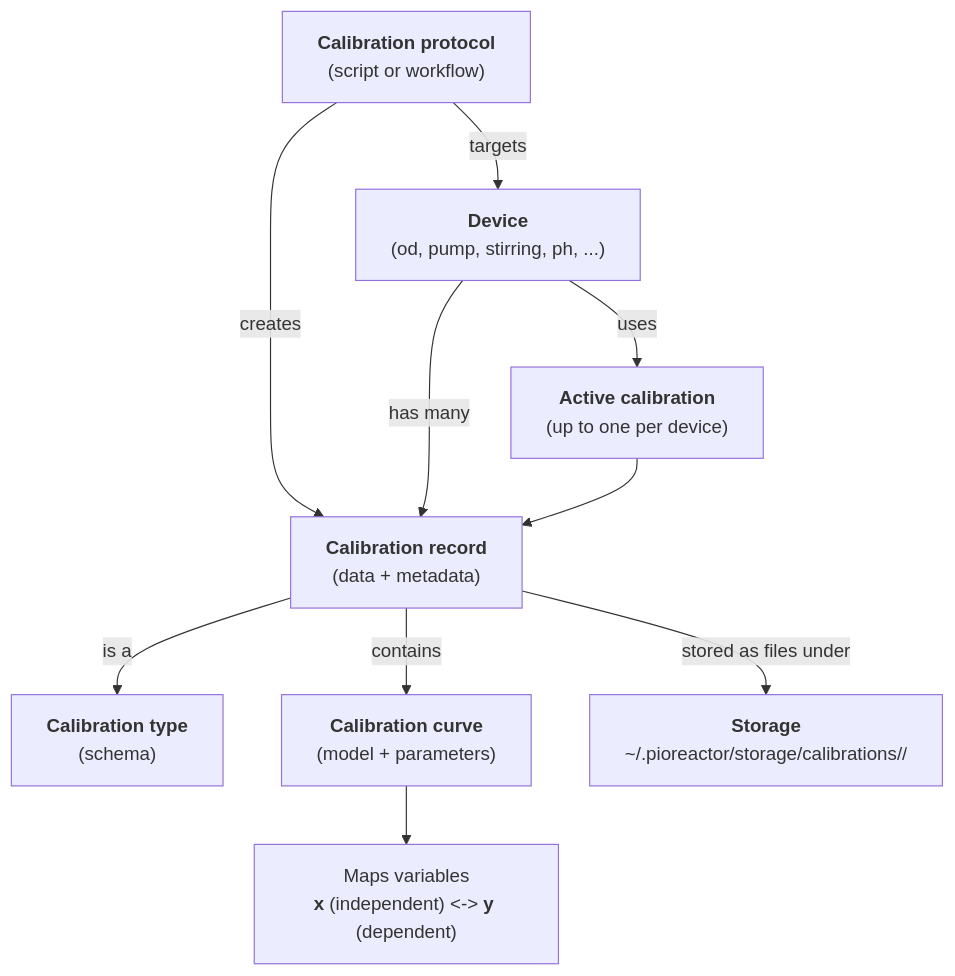
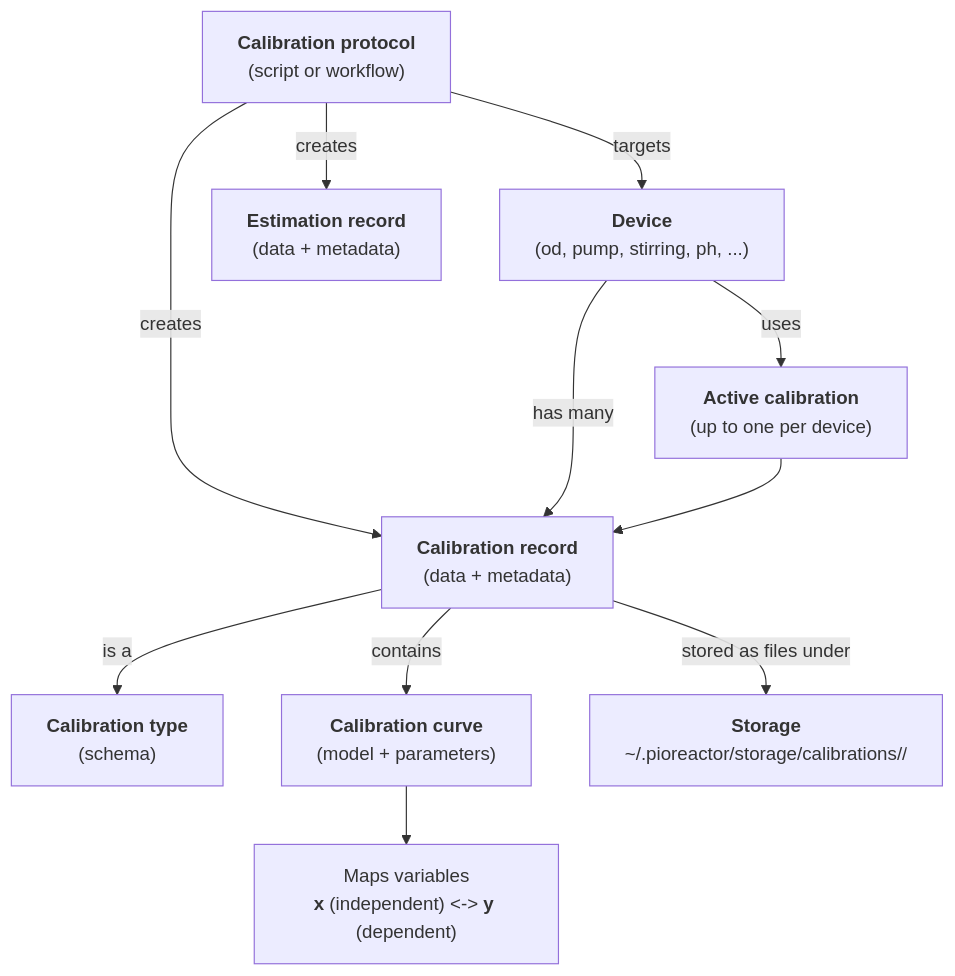
The diagram in developer-guide/25-Calibrations/01-Calibrations.md (Pioreactor/docs.pioreactor), drawn with Mermaid before and after one commit. The commit also changed other lines of this file and 7 other files, not shown here.

````diff
--- a/developer-guide/25-Calibrations/01-Calibrations.md
+++ b/developer-guide/25-Calibrations/01-Calibrations.md
@@ -18,12 +17,13 @@
 ```mermaid
 flowchart TD
     Protocol["<b>Calibration protocol</b><br/>(script or workflow)"] -->|targets| Device["<b>Device</b><br/>(od, pump, stirring, ph, ...)"]
     Protocol -->|creates| Calibration["<b>Calibration record</b><br/>(data + metadata)"]
+    Protocol -->|creates| Estimation["<b>Estimation record</b><br/>(data + metadata)"]
     Device -->|has many| Calibration
     Device -->|uses| Active["<b>Active calibration</b><br/>(up to one per device)"]
     Active --> Calibration
     Calibration -->|is a| CalType["<b>Calibration type</b><br/>(schema)"]
     Calibration -->|contains| Curve["<b>Calibration curve</b><br/>(model + parameters)"]
     Curve --> Variables["Maps variables<br/><b>x</b> (independent) <-> <b>y</b> (dependent)"]
     Calibration -->|stored as files under| Storage["<b>Storage</b><br/>~/.pioreactor/storage/calibrations/<device>/"]
 ```
````
